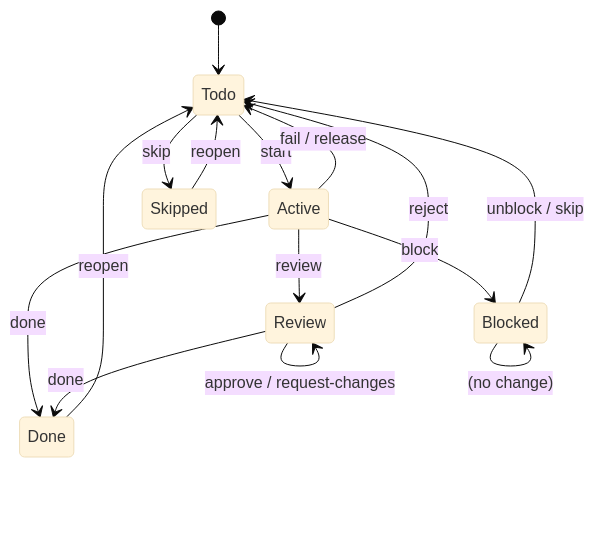
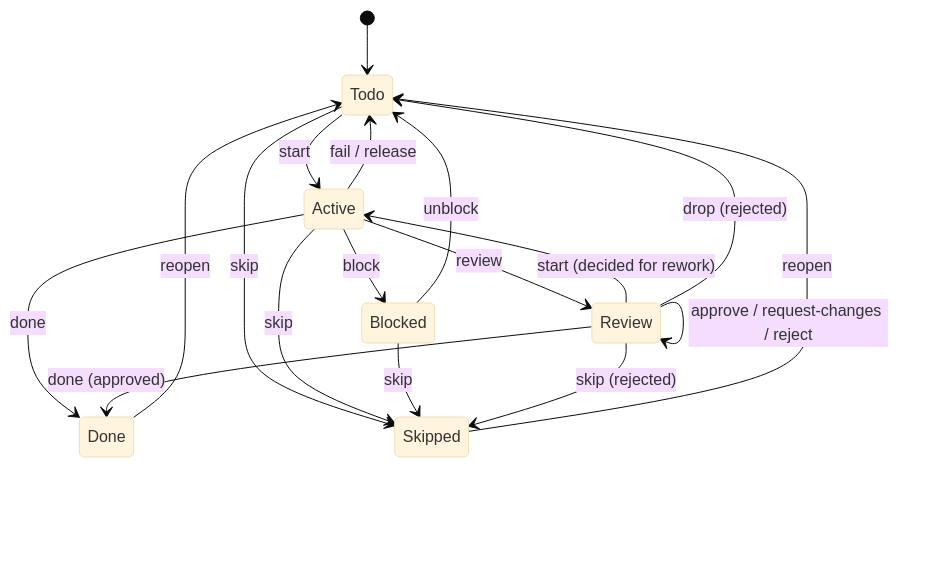
The second of 2 diagrams in docs/task-states.md (solo-swe/agentic-task-manager), drawn with Mermaid (base theme) before and after one commit. The commit also changed other lines of this file and 27 other files, not shown here.

Commit message:
feat(T-438): Review decisions as their own commands; guarded exits from review; one skip

````diff
--- a/docs/task-states.md
+++ b/docs/task-states.md
@@ -108,17 +110,20 @@
 ```mermaid
 stateDiagram-v2
     [*] --> Todo
     Todo --> Active : start
     Active --> Review : review
     Active --> Done : done
     Active --> Blocked : block
     Active --> Todo : fail / release
-    Review --> Done : done
-    Review --> Todo : reject
-    Review --> Review : approve / request-changes
-    Blocked --> Todo : unblock / skip
-    Blocked --> Blocked : (no change)
+    Review --> Review : approve / request-changes / reject
+    Review --> Done : done (approved)
+    Review --> Active : start (decided for rework)
+    Review --> Todo : drop (rejected)
+    Blocked --> Todo : unblock
     Done --> Todo : reopen
     Skipped --> Todo : reopen
     Todo --> Skipped : skip
+    Active --> Skipped : skip
+    Blocked --> Skipped : skip
+    Review --> Skipped : skip (rejected)
 ```
````
